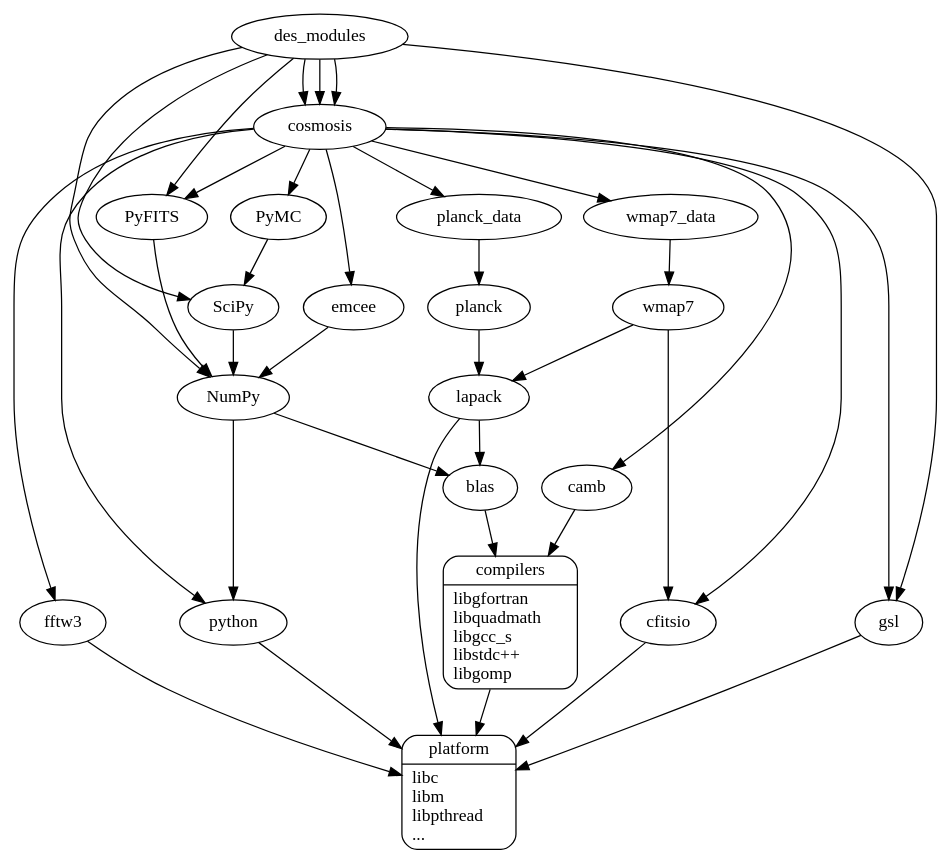
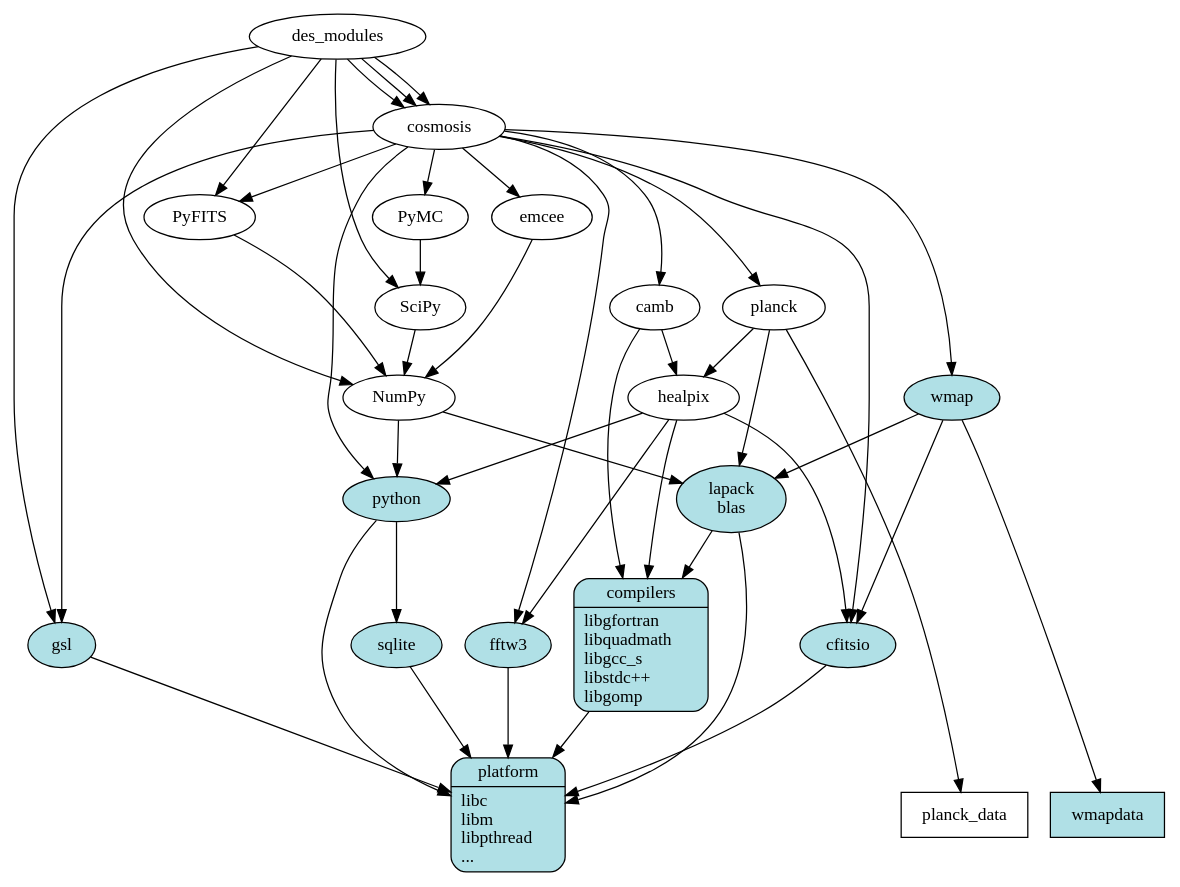
Before and after one commit to joezuntz/cosmosis: the diagram in doc/cosmosis_packages.dot, drawn with Graphviz. The commit also changed 1 other file, not shown here.

Commit message:
Checkpoint while adding healpix

```diff
--- a/doc/cosmosis_packages.dot
+++ b/doc/cosmosis_packages.dot
@@ -1,86 +1,96 @@
 
 digraph depends
 {
-  #rankdir=LR
 
-  subgraph plat
+  subgraph lowest
   {
-    platform         [shape=Mrecord, label="{platform | libc \llibm\llibpthread\l...\l}" ]
+    rank=same;
+    platform         [shape=Mrecord, label="{platform | libc \llibm\llibpthread\l...\l}", style=filled, fillcolor=powderblue ]
+    wmapdata [ label="wmapdata", shape=box, style=filled, fillcolor=powderblue ]
+    planck_data [ label="planck_data", shape=box ]
   }
 
   compilers -> platform;
 
   subgraph l1
   {
     label = "externals";
     rank = same;
-    compilers [shape=Mrecord, label="{compilers | libgfortran\llibquadmath\llibgcc_s\llibstdc++\llibgomp\l}" ]
-    python  [ label="python" ];
-    cfitsio [ label="cfitsio" ];
-    gsl     [ label="gsl" ];
-    fftw3   [ label="fftw3" ];
+    compilers [shape=Mrecord, label="{compilers | libgfortran\llibquadmath\llibgcc_s\llibstdc++\llibgomp\l}", style=filled, fillcolor=powderblue ]
+    sqlite  [ label="sqlite", style=filled, fillcolor=powderblue ];
+    cfitsio [ label="cfitsio", style=filled, fillcolor=powderblue ];
+    gsl     [ label="gsl", style=filled, fillcolor=powderblue ];
+    fftw3   [ label="fftw3", style=filled, fillcolor=powderblue ];
   }
-    blas    [ label="blas" ];
-    lapack  [ label="lapack" ];
-  lapack -> blas;
-  blas -> compilers;
+  lapack  [ label="lapack\nblas\n", style=filled, fillcolor=powderblue ];
+  lapack -> compilers;
 
-  subgraph externals
-  {
-    wmap7_data ->  wmap7;
-    planck_data -> planck;
-    camb;
-  }
-  wmap7 -> lapack;
-  wmap7 -> cfitsio;
+  python  [ label="python", style=filled, fillcolor=powderblue ];
+  wmap [ label="wmap", style=filled, fillcolor=powderblue ];
+  camb [ label="camb" ];
+  healpix [ label="healpix" ];
+
+  healpix -> cfitsio;
+  healpix -> fftw3;
+  healpix -> compilers;
+  healpix -> python;
+  camb -> healpix;
+  planck -> healpix;
+
+  wmap -> wmapdata;
+  planck -> planck_data;
+  wmap -> lapack;
+  wmap -> cfitsio;
   planck -> lapack;
   camb -> compilers;
 
   subgraph low
   {
     #rank = same;
     SciPy -> NumPy -> python;
-    NumPy -> blas;
+    NumPy -> lapack;
     PyFITS -> NumPy;
     PyMC -> SciPy;
     emcee -> NumPy;
   }
 
   subgraph middle
   {
     cosmosis;
   }
   cosmosis -> camb;
-  cosmosis -> planck_data;
-  cosmosis -> wmap7_data;
+  cosmosis -> planck;
+  cosmosis -> wmap;
   cosmosis -> PyMC;
   cosmosis -> emcee;
   cosmosis -> PyFITS;
   cosmosis -> gsl;
   cosmosis -> fftw3;
 
   subgraph top
   {
     des_modules;
   }
 
   des_modules -> cosmosis;
 
 
   cfitsio -> platform;
   gsl -> platform;
   fftw3 -> platform;
   lapack -> platform;
 
   des_modules -> cosmosis;
   des_modules -> gsl;
   des_modules -> PyFITS;
   des_modules -> cosmosis;
   des_modules -> SciPy;
   des_modules -> NumPy;
 
   cosmosis -> cfitsio;
   cosmosis -> python;
   python [ label="python" ];
   python -> platform;
+  python -> sqlite;
+  sqlite -> platform;
 }
```
